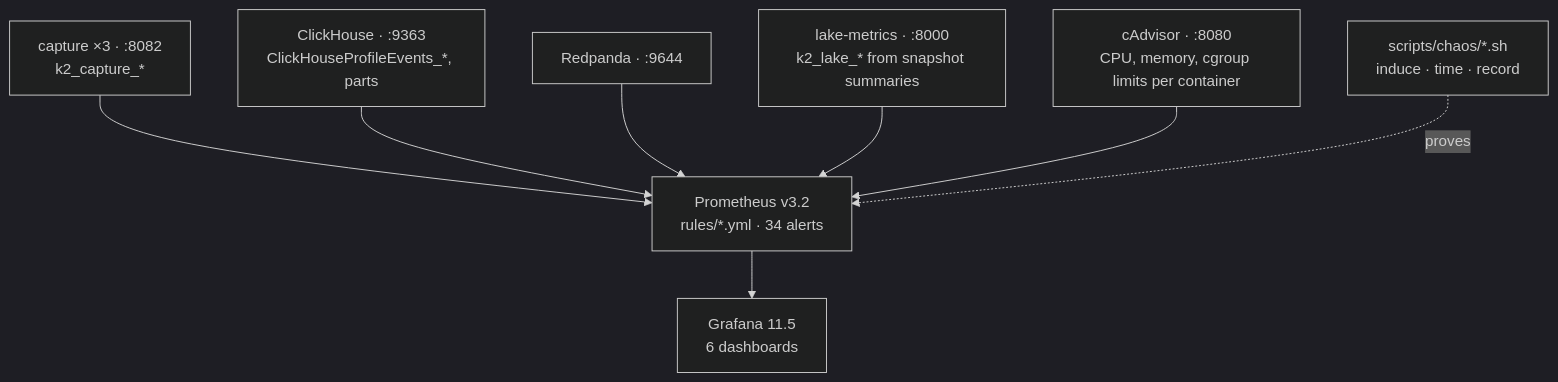
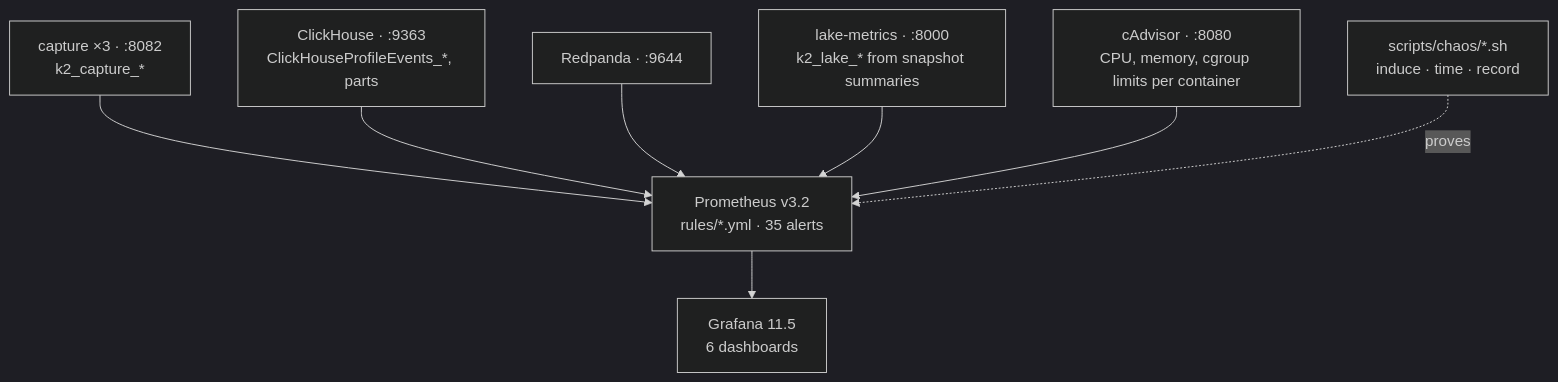
The diagram in docs/architecture/11-observability.md (rjdscott/k2-market-data-platform), drawn with Mermaid (dark theme) before and after one commit. The commit also changed other lines of this file and 15 other files, not shown here.

````diff
--- a/docs/architecture/11-observability.md
+++ b/docs/architecture/11-observability.md
@@ -54,13 +54,13 @@
 ```mermaid
 flowchart TB
   C["capture ×3 · :8082<br/>k2_capture_*"]
   H["ClickHouse · :9363<br/>ClickHouseProfileEvents_*, parts"]
   R["Redpanda · :9644"]
   L["lake-metrics · :8000<br/>k2_lake_* from snapshot summaries"]
   A["cAdvisor · :8080<br/>CPU, memory, cgroup limits per container"]
-  P["Prometheus v3.2<br/>rules/*.yml · 34 alerts"]
+  P["Prometheus v3.2<br/>rules/*.yml · 35 alerts"]
   G["Grafana 11.5<br/>6 dashboards"]
   X["scripts/chaos/*.sh<br/>induce · time · record"]
   C & H & R & L & A --> P --> G
   X -.->|"proves"| P
 ```
````
